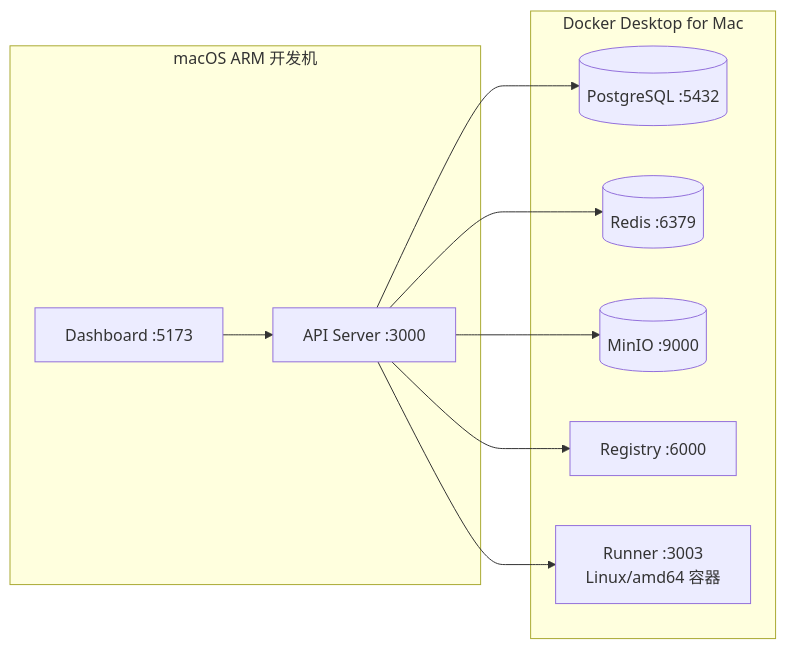
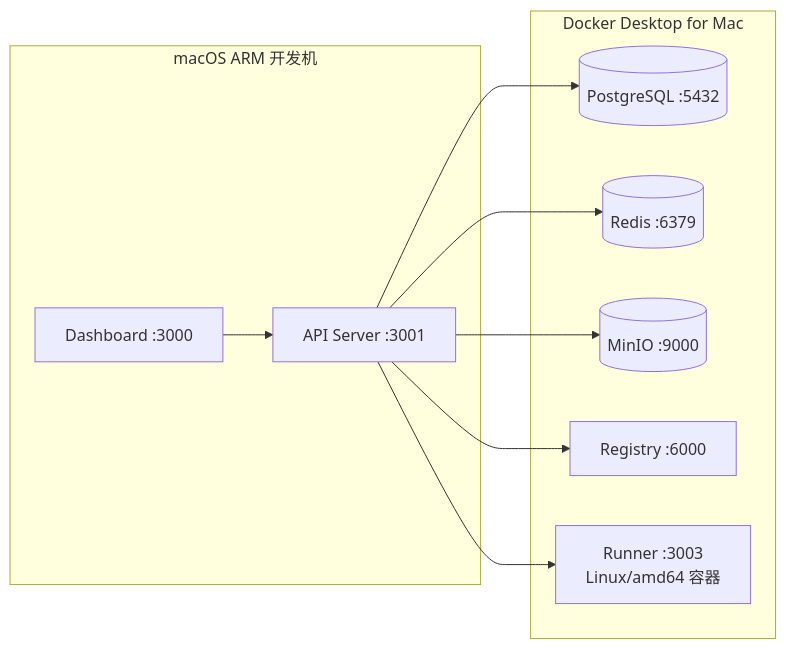
Before and after one commit to daytonaio/daytona: the first of 3 diagrams in docs/development/macos.md, drawn with Mermaid. The commit also changed other lines of this file and 2 other files, not shown here.

````diff
--- a/docs/development/macos.md
+++ b/docs/development/macos.md
@@ -7,17 +7,17 @@
 ```mermaid
 flowchart LR
   subgraph mac[macOS ARM 开发机]
-    api[API Server :3000]
-    dashboard[Dashboard :5173]
+    api[API Server :3001]
+    dashboard[Dashboard :3000]
   end
   subgraph docker[Docker Desktop for Mac]
     db[(PostgreSQL :5432)]
     redis[(Redis :6379)]
     minio[(MinIO :9000)]
     registry[Registry :6000]
     runner[Runner :3003\nLinux/amd64 容器]
   end
   api --> db & redis & minio & registry
   api --> runner
   dashboard --> api
 ```
````
